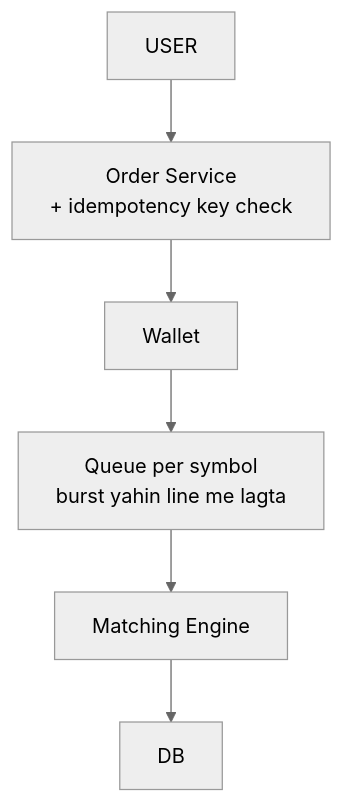
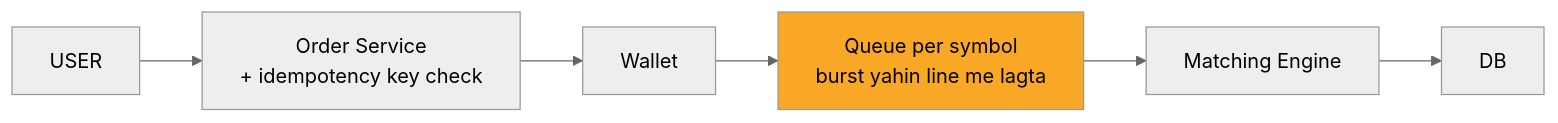
The fifth of 10 diagrams in 04_HLD/SYSTEM_DESIGNS/05_stock_broker_trading/05_stock_broker_trading.md (ArpanMaheshwari144/Prep), drawn with Mermaid (neutral theme) before and after one commit. The commit also changed other lines of this file, not shown here.

Commit message:
stock: diagrams left to right, new box highlighted

````diff
--- a/04_HLD/SYSTEM_DESIGNS/05_stock_broker_trading/05_stock_broker_trading.md
+++ b/04_HLD/SYSTEM_DESIGNS/05_stock_broker_trading/05_stock_broker_trading.md
@@ -219,14 +223,15 @@
 ```mermaid
-flowchart TD
+flowchart LR
     n_USER["USER"]
     n_Order_Service["Order Service<br/>+ idempotency key check"]
     n_Wallet["Wallet"]
     n_Queue_per_symbol["Queue per symbol<br/>burst yahin line me lagta"]
     n_Matching_Engine["Matching Engine"]
     n_DB["DB"]
     n_USER --> n_Order_Service
     n_Order_Service --> n_Wallet
     n_Wallet --> n_Queue_per_symbol
     n_Queue_per_symbol --> n_Matching_Engine
     n_Matching_Engine --> n_DB
+    style n_Queue_per_symbol fill:#f9a825,color:#000
 ```
````
